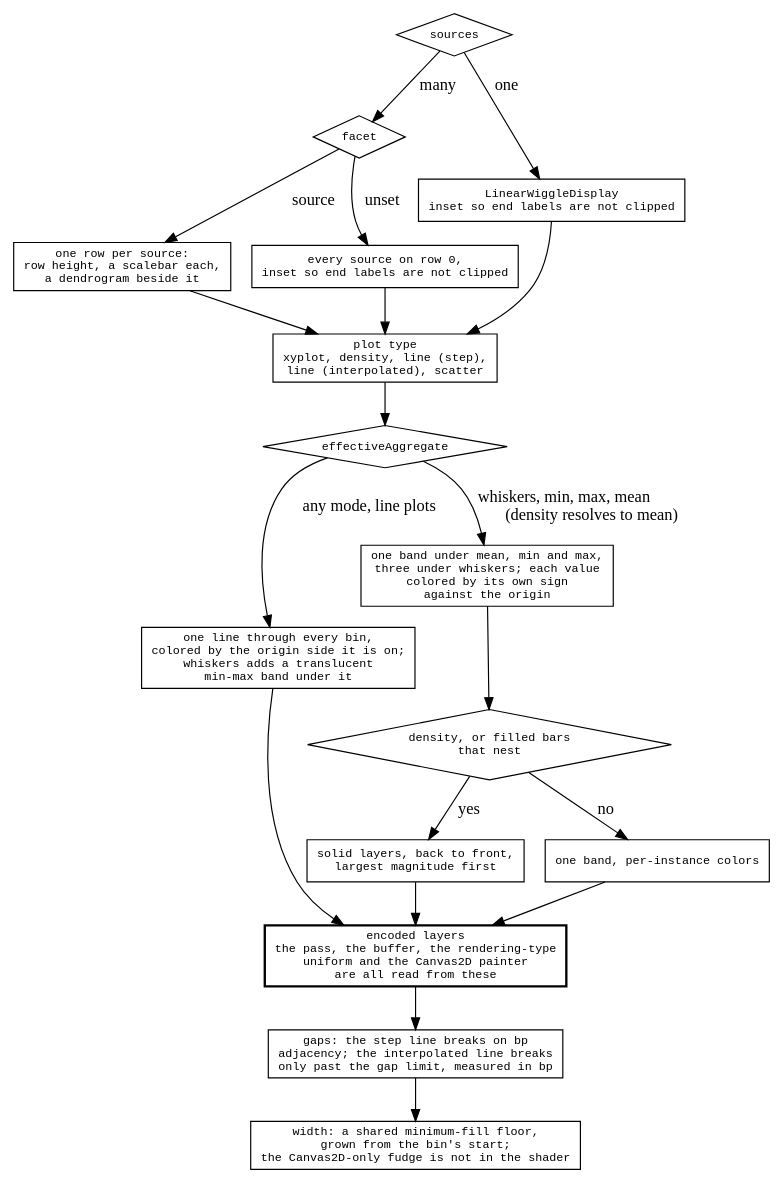
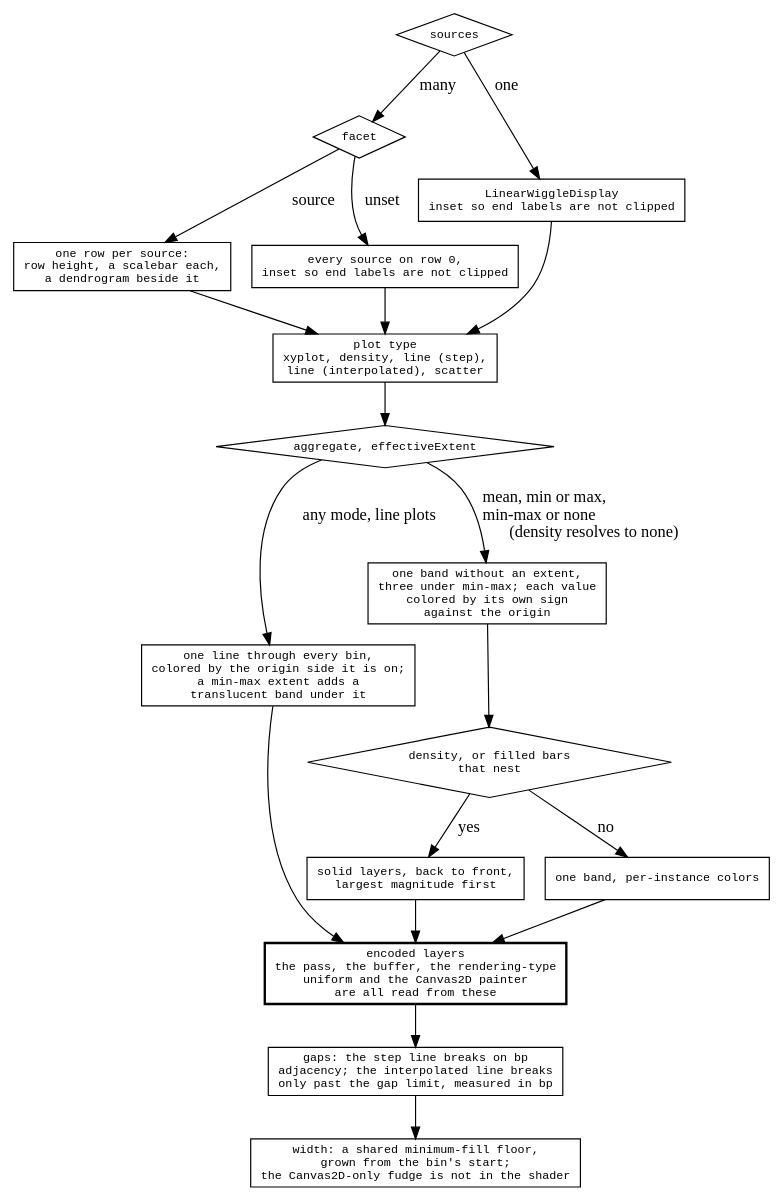
Before and after one commit to GMOD/jbrowse-components: the diagram in agent-docs/reference/diagrams/wiggle-shape.dot, drawn with Graphviz. The commit also changed 60 other files, not shown here.

First line of the commit message:
whiskers leaves aggregate: extent says whether the min-max span is drawn

```diff
--- a/agent-docs/reference/diagrams/wiggle-shape.dot
+++ b/agent-docs/reference/diagrams/wiggle-shape.dot
@@ -1,40 +1,40 @@
 digraph wiggle_shape {
   rankdir=TB
   node [shape=box fontname=monospace fontsize=10]
   { node [shape=diamond] many; layout; summary; nests }
 
   many [label="sources"]
   many -> single [label=" one"]
   many -> layout [label=" many"]
   single [label="LinearWiggleDisplay\ninset so end labels are not clipped"]
 
   layout [label="facet"]
   layout -> multirow [label=" source"]
   layout -> overlay  [label=" unset"]
   multirow [label="one row per source:\nrow height, a scalebar each,\na dendrogram beside it"]
   overlay  [label="every source on row 0,\ninset so end labels are not clipped"]
 
   plot [label="plot type\nxyplot, density, line (step),\nline (interpolated), scatter"]
   single -> plot  multirow -> plot  overlay -> plot
 
-  summary [label="effectiveAggregate"]
+  summary [label="aggregate, effectiveExtent"]
   plot -> summary
   summary -> range [label=" any mode, line plots"]
-  summary -> bands [label=" whiskers, min, max, mean\l (density resolves to mean)"]
-  range [label="one line through every bin,\ncolored by the origin side it is on;\nwhiskers adds a translucent\nmin-max band under it"]
-  bands [label="one band under mean, min and max,\nthree under whiskers; each value\ncolored by its own sign\nagainst the origin"]
+  summary -> bands [label=" mean, min or max,\l min-max or none\l (density resolves to none)"]
+  range [label="one line through every bin,\ncolored by the origin side it is on;\na min-max extent adds a\ntranslucent band under it"]
+  bands [label="one band without an extent,\nthree under min-max; each value\ncolored by its own sign\nagainst the origin"]
 
   nests [label="density, or filled bars\nthat nest"]
   bands -> nests
   nests -> split [label=" yes"]
   nests -> whole [label=" no"]
   split [label="solid layers, back to front,\nlargest magnitude first"]
   whole [label="one band, per-instance colors"]
 
   encoded [label="encoded layers\nthe pass, the buffer, the rendering-type\nuniform and the Canvas2D painter\nare all read from these", style=bold]
   split -> encoded  whole -> encoded  range -> encoded
 
   gaps  [label="gaps: the step line breaks on bp\nadjacency; the interpolated line breaks\nonly past the gap limit, measured in bp"]
   width [label="width: a shared minimum-fill floor,\ngrown from the bin's start;\nthe Canvas2D-only fudge is not in the shader"]
   encoded -> gaps -> width
 }
```
